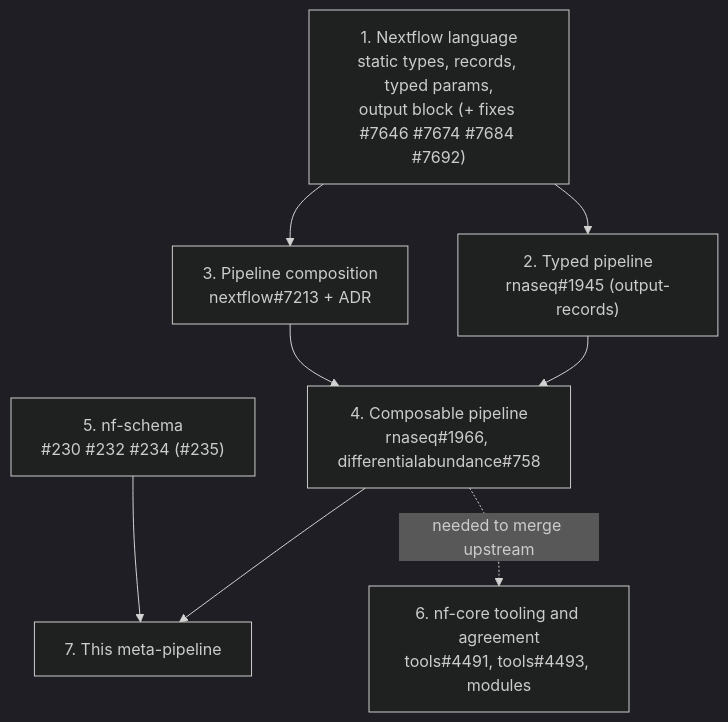
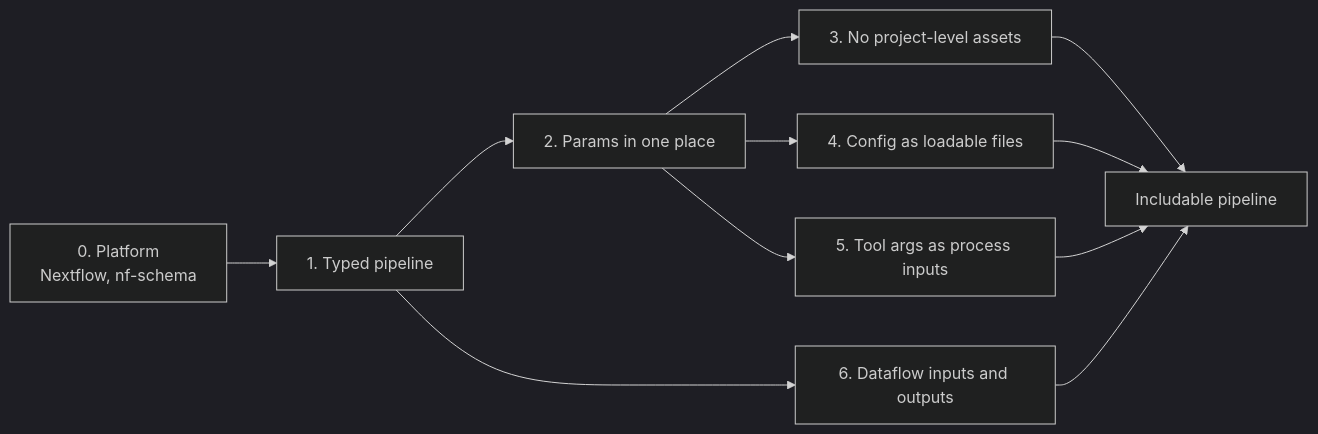
One commit to pinin4fjords/rnaseq-diffabundance-meta changed the diagram in docs/composition-path.md. Above: the diagram before and after it, drawn with Mermaid (dark theme). The commit also changed other lines of this file and 1 other file, not shown here.

Commit message:
Make the composition doc a generic migration guide

````diff
--- a/docs/composition-path.md
+++ b/docs/composition-path.md
@@ -9,18 +11,10 @@
 ```mermaid
-flowchart TD
-    NF["1. Nextflow language<br/>static types, records, typed params,<br/>output block (+ fixes #7646 #7674 #7684 #7692)"]
-    TYPED["2. Typed pipeline<br/>rnaseq#1945 (output-records)"]
-    COMP["3. Pipeline composition<br/>nextflow#7213 + ADR"]
-    READY["4. Composable pipeline<br/>rnaseq#1966, differentialabundance#758"]
-    SCHEMA["5. nf-schema<br/>#230 #232 #234 (#235)"]
-    META["7. This meta-pipeline"]
-    TOOLS["6. nf-core tooling and agreement<br/>tools#4491, tools#4493, modules"]
-
-    NF --> TYPED
-    NF --> COMP
-    TYPED --> READY
-    COMP --> READY
-    READY --> META
-    SCHEMA --> META
-    READY -. "needed to merge upstream" .-> TOOLS
+flowchart LR
+    P["0. Platform<br/>Nextflow, nf-schema"] --> T["1. Typed pipeline"]
+    T --> A["2. Params in one place"]
+    A --> B["3. No project-level assets"]
+    A --> C["4. Config as loadable files"]
+    A --> D["5. Tool args as process inputs"]
+    T --> E["6. Dataflow inputs and outputs"]
+    B & C & D & E --> I["Includable pipeline"]
 ```
````
